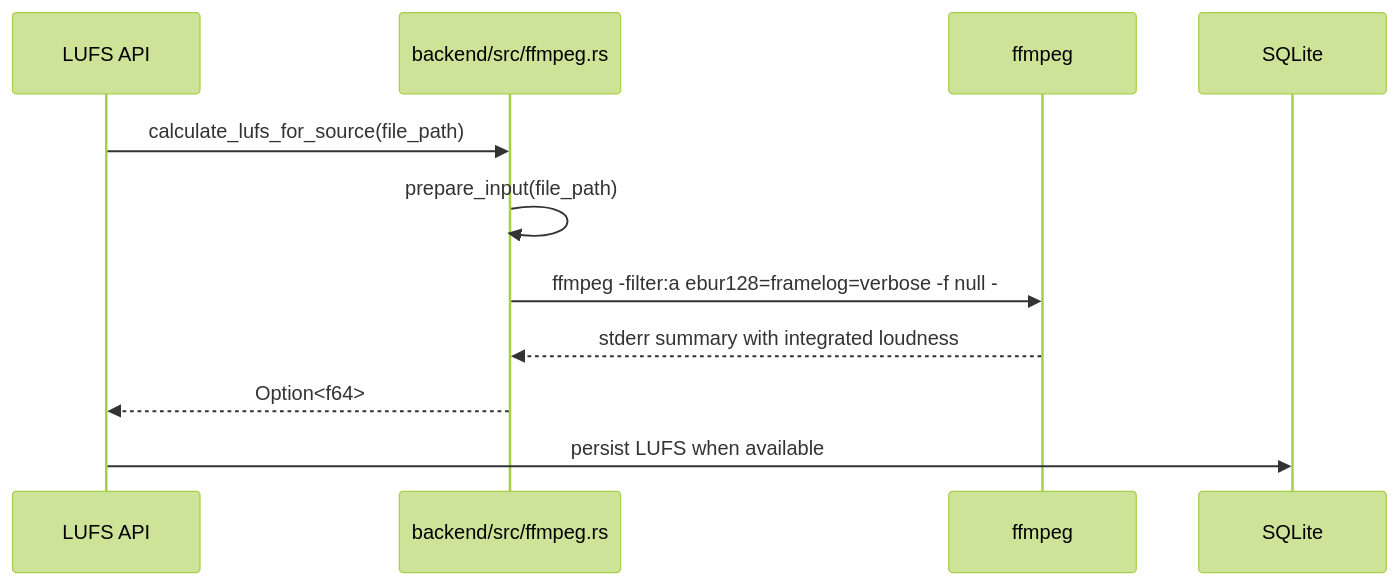
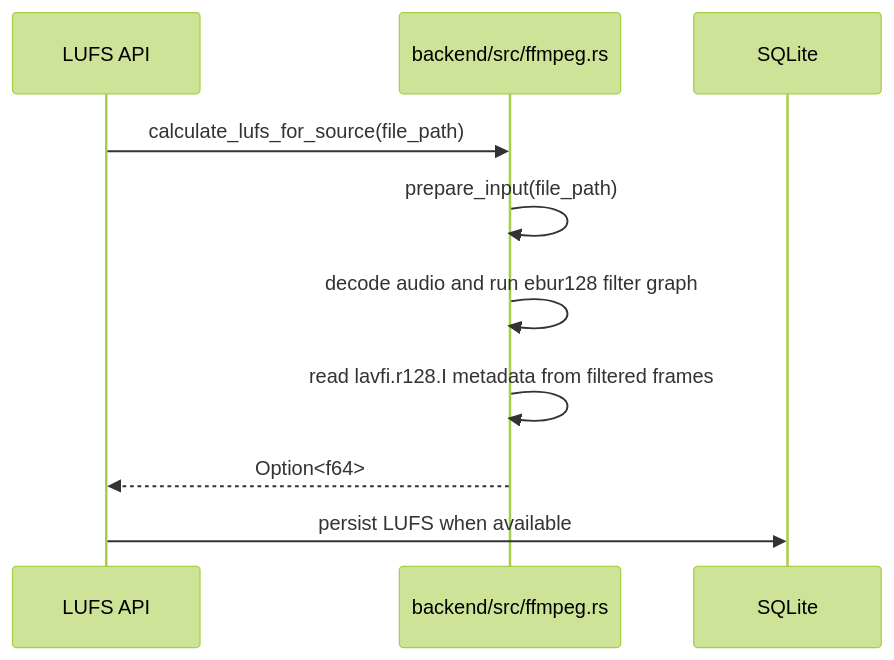
The first of 2 diagrams in docs/ffmpeg-audio-pipeline.md (Afeather2017/Kaulan), drawn with Mermaid (forest theme) before and after one commit. The commit also changed other lines of this file and 1 other file, not shown here.

First line of the commit message:
Update FFmpeg docs for in-process runtime

````diff
--- a/docs/ffmpeg-audio-pipeline.md
+++ b/docs/ffmpeg-audio-pipeline.md
@@ -31,14 +29,13 @@
 ```mermaid
 sequenceDiagram
     participant API as LUFS API
     participant FF as backend/src/ffmpeg.rs
-    participant BIN as ffmpeg
     participant DB as SQLite
 
     API->>FF: calculate_lufs_for_source(file_path)
     FF->>FF: prepare_input(file_path)
-    FF->>BIN: ffmpeg -filter:a ebur128=framelog=verbose -f null -
-    BIN-->>FF: stderr summary with integrated loudness
+    FF->>FF: decode audio and run ebur128 filter graph
+    FF->>FF: read lavfi.r128.I metadata from filtered frames
     FF-->>API: Option<f64>
     API->>DB: persist LUFS when available
 ```
````
